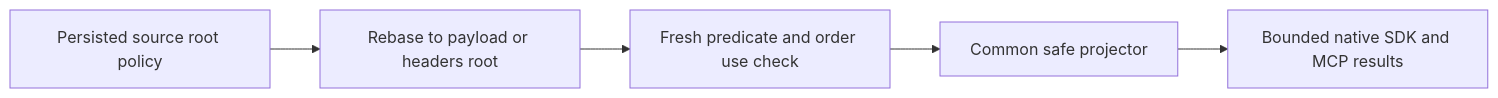
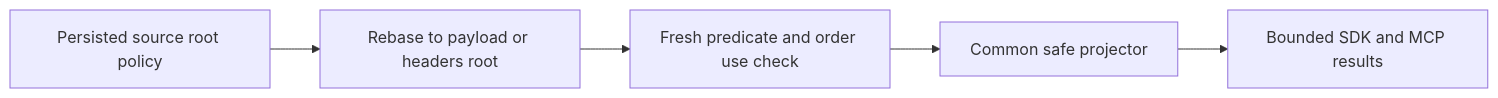
Before and after one commit to managedcode/KeyLoad: the diagram in docs/Features/Authorization/ModelRootProjector.md, drawn with Mermaid. The commit also changed other lines of this file and 9016 other files, not shown here.

````diff
--- a/docs/Features/Authorization/ModelRootProjector.md
+++ b/docs/Features/Authorization/ModelRootProjector.md
@@ -15,7 +15,7 @@
 ```mermaid
 flowchart LR
     Catalog[Persisted source root policy] --> Rebase[Rebase to payload or headers root]
     Rebase --> Use[Fresh predicate and order use check]
     Use --> Read[Common safe projector]
-    Read --> Clients[Bounded native SDK and MCP results]
+    Read --> Clients[Bounded SDK and MCP results]
 ```
````
